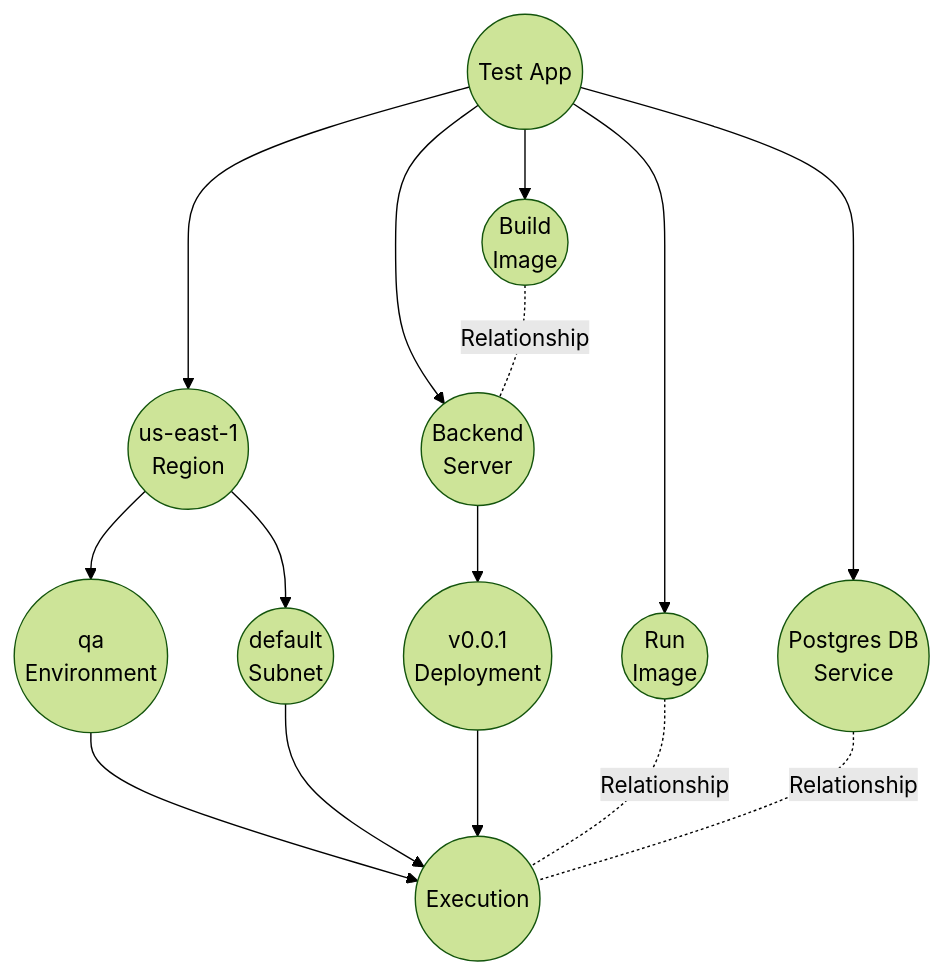
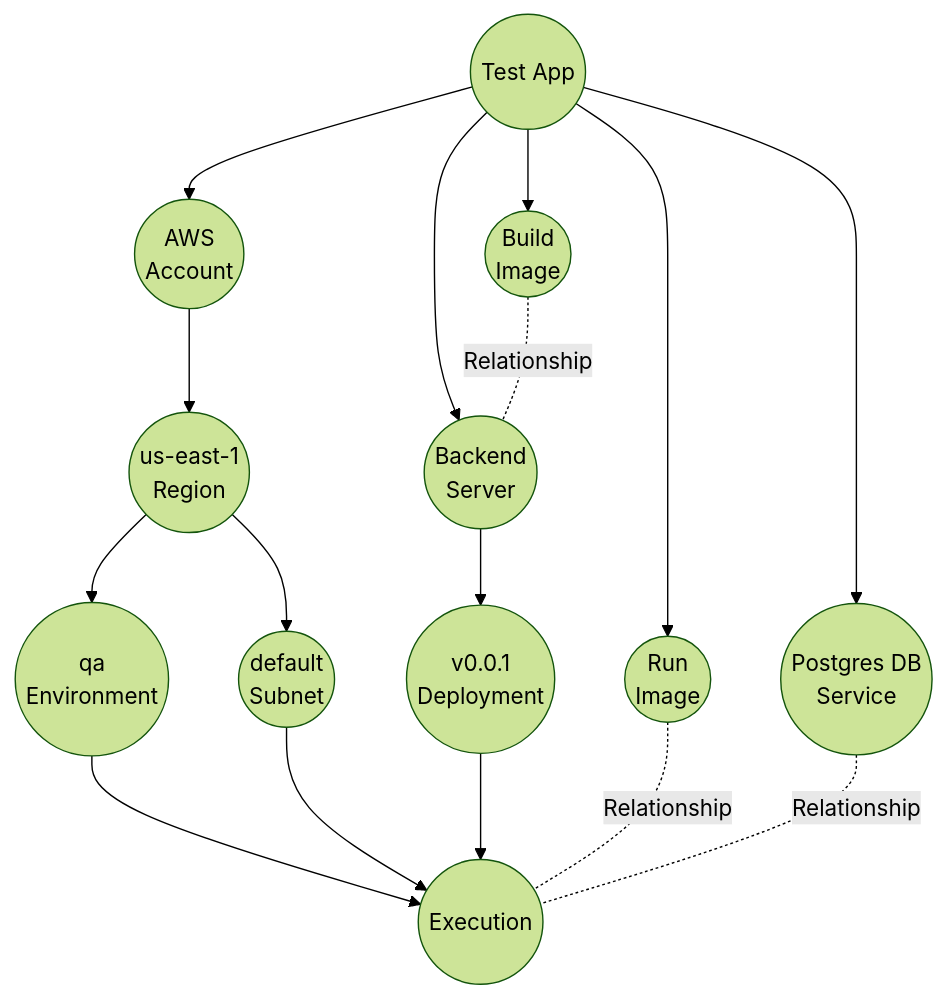
One commit to quadnix/octo changed the second of 2 diagrams in apps/octo-docs/docs/fundamentals/models.mdx. Above: the diagram before and after it, drawn with Mermaid (forest theme). The commit also changed other lines of this file and 5 other files, not shown here.

````diff
--- a/apps/octo-docs/docs/fundamentals/models.mdx
+++ b/apps/octo-docs/docs/fundamentals/models.mdx
@@ -113,27 +155,35 @@
 ```mermaid
 graph TD;
     app((Test App))
-    service((Postgres DB \n Service))
-    region((us-east-1 \n Region))
-    environment((qa \n Environment))
-    subnet((default \n Subnet))
-    server((Backend \n Server))
-    deployment((v0.0.1 \n Deployment))
+    account((AWS <br/> Account))
+    region((us-east-1 <br/> Region))
+    environment((qa <br/> Environment))
+    subnet((default <br/> Subnet))
+    server((Backend <br/> Server))
+    deployment((v0.0.1 <br/> Deployment))
     execution((Execution))
-    image1((Build \n Image))
-    image2((Run \n Image))
+    service((Postgres DB <br/> Service))
+    image1((Build <br/> Image))
+    image2((Run <br/> Image))
+
+    app --> account;
+    app --> server;
     app --> service;
-    app --> region;
-    app --> server;
-    server --> deployment;
+    app --> image1;
+    app --> image2;
+
+    account --> region;
+
     region --> environment;
     region --> subnet;
+
+    server --> deployment;
+
     environment --> execution;
     subnet --> execution;
     deployment --> execution;
+
     image1 -. Relationship .- server;
     image2 -. Relationship .- execution;
     service -. Relationship .- execution;
-    app --> image1;
-    app --> image2;
 ```
````
